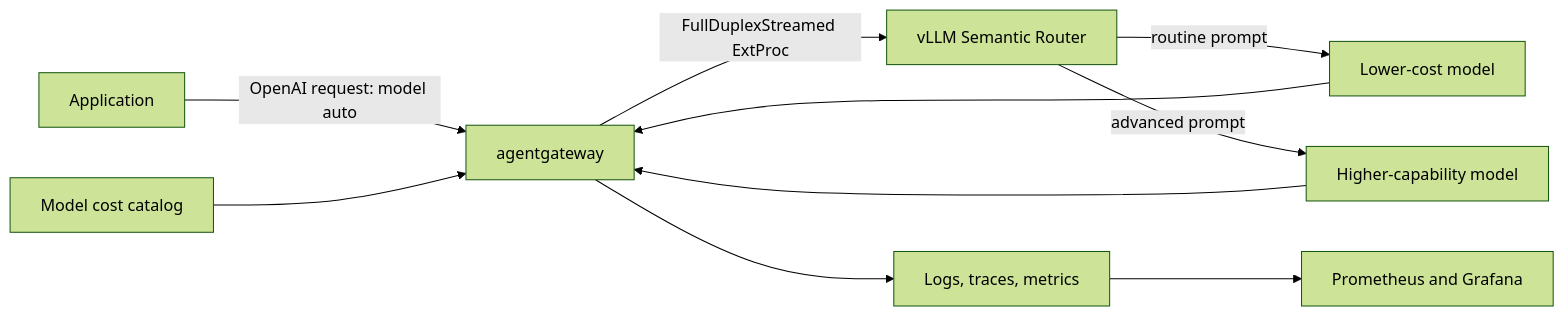
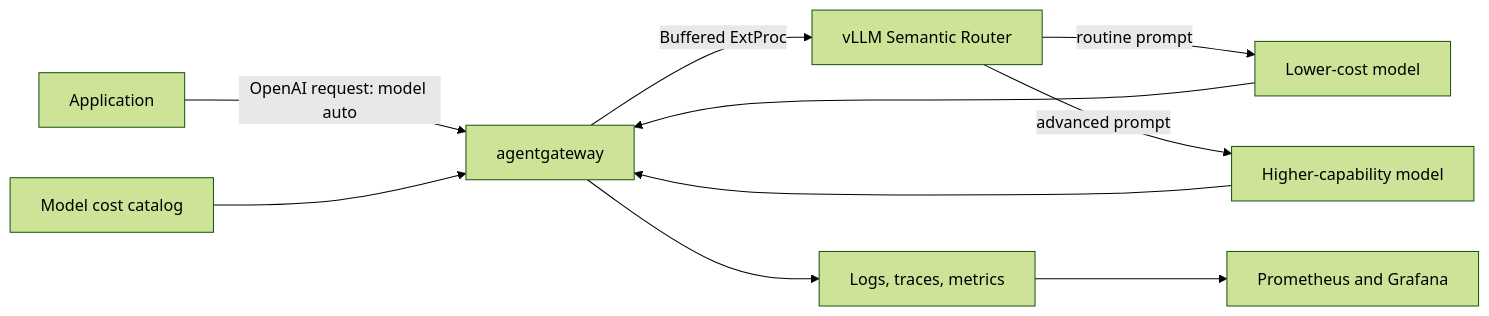
Before and after one commit to danehans/agentgateway-demos: the diagram in cost-based-semantic-routing/README.md, drawn with Mermaid (forest theme). The commit also changed other lines of this file and 1 other file, not shown here.

Commit message:
demo: verify buffered semantic routing

````diff
--- a/cost-based-semantic-routing/README.md
+++ b/cost-based-semantic-routing/README.md
@@ -15,12 +15,12 @@
 ```mermaid
 flowchart LR
     A[Application] -->|OpenAI request: model auto| G[agentgateway]
-    G -->|FullDuplexStreamed ExtProc| S[vLLM Semantic Router]
+    G -->|Buffered ExtProc| S[vLLM Semantic Router]
     S -->|routine prompt| L[Lower-cost model]
     S -->|advanced prompt| H[Higher-capability model]
     L --> G
     H --> G
     G --> O[Logs, traces, metrics]
     C[Model cost catalog] --> G
     O --> P[Prometheus and Grafana]
 ```
````
